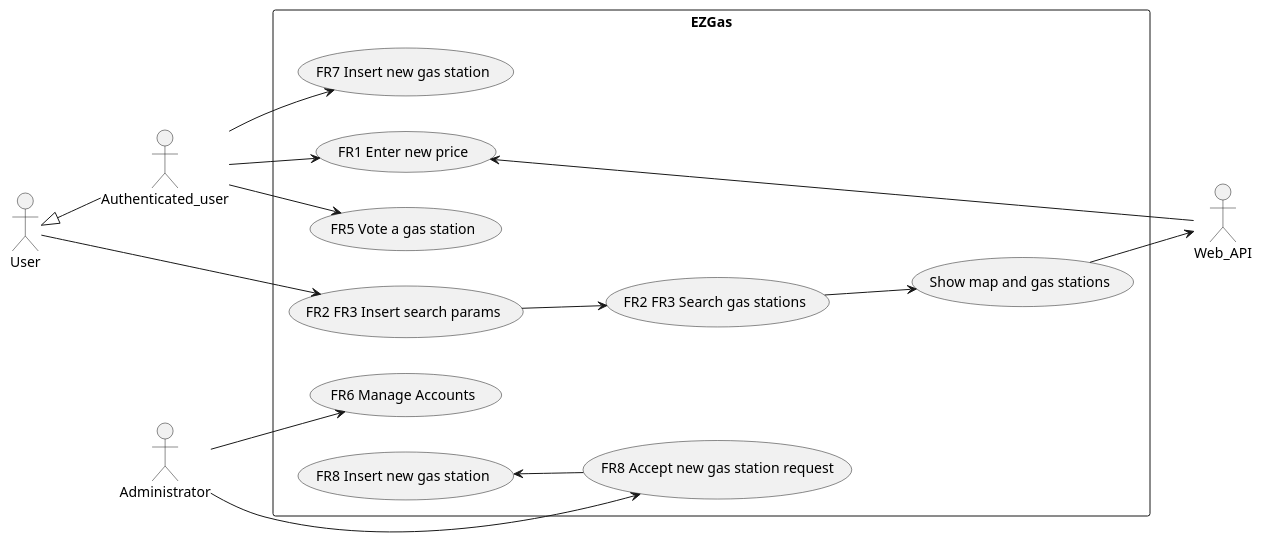
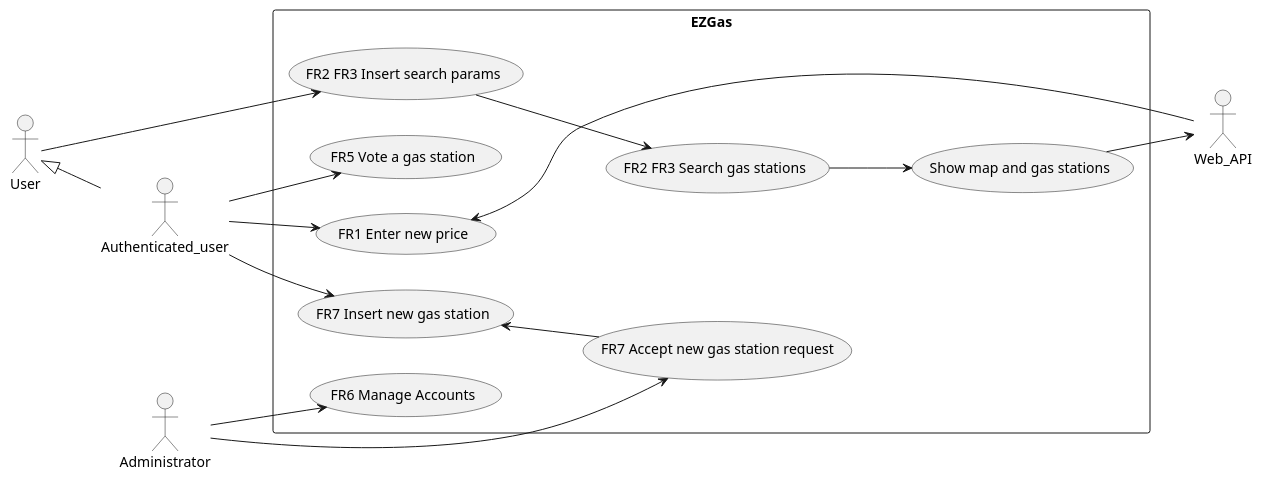
The second of 3 diagrams in docs/RequirementsDocument.md (SE2-group4/SE1-project), drawn with PlantUML before and after one commit. The commit also changed other lines of this file, not shown here.

````diff
--- a/docs/RequirementsDocument.md
+++ b/docs/RequirementsDocument.md
@@ -117,32 +117,32 @@
 ```plantuml
 @startuml
 
 left to right direction
 
 Actor User as U
 Actor Authenticated_user as AU
 Actor Administrator as A
 Actor Web_API as WA
 
 U <|-- AU
 rectangle EZGas{
   U --> (FR2 FR3 Insert search params)
 
   AU --> (FR5 Vote a gas station)
   AU --> (FR7 Insert new gas station)
+  A --> (FR6 Manage Accounts)
+  A --> (FR7 Accept new gas station request)
   AU --> (FR1 Enter new price)
-  A --> (FR6 Manage Accounts)
-  A --> (FR8 Accept new gas station request)
   'A <-- (FR7 send report)
 
   'WA --> (FR7 send report)*
   (Show map and gas stations) --> WA
-  (FR8 Insert new gas station) <-- (FR8 Accept new gas station request)
+  (FR7 Insert new gas station) <-- (FR7 Accept new gas station request)
   (FR2 FR3 Insert search params) --> (FR2 FR3 Search gas stations)
   (FR2 FR3 Search gas stations) --> (Show map and gas stations)
-  (FR1 Enter new price) <-- WA
+  WA -> (FR1 Enter new price)
   
 }
 
 @enduml
 ```
````
